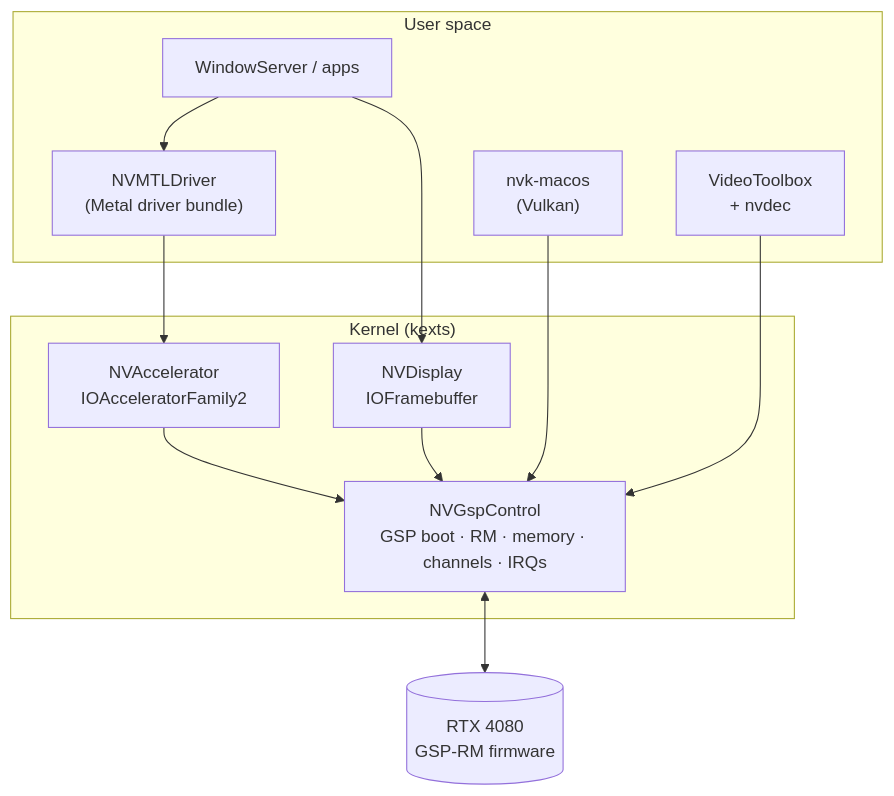
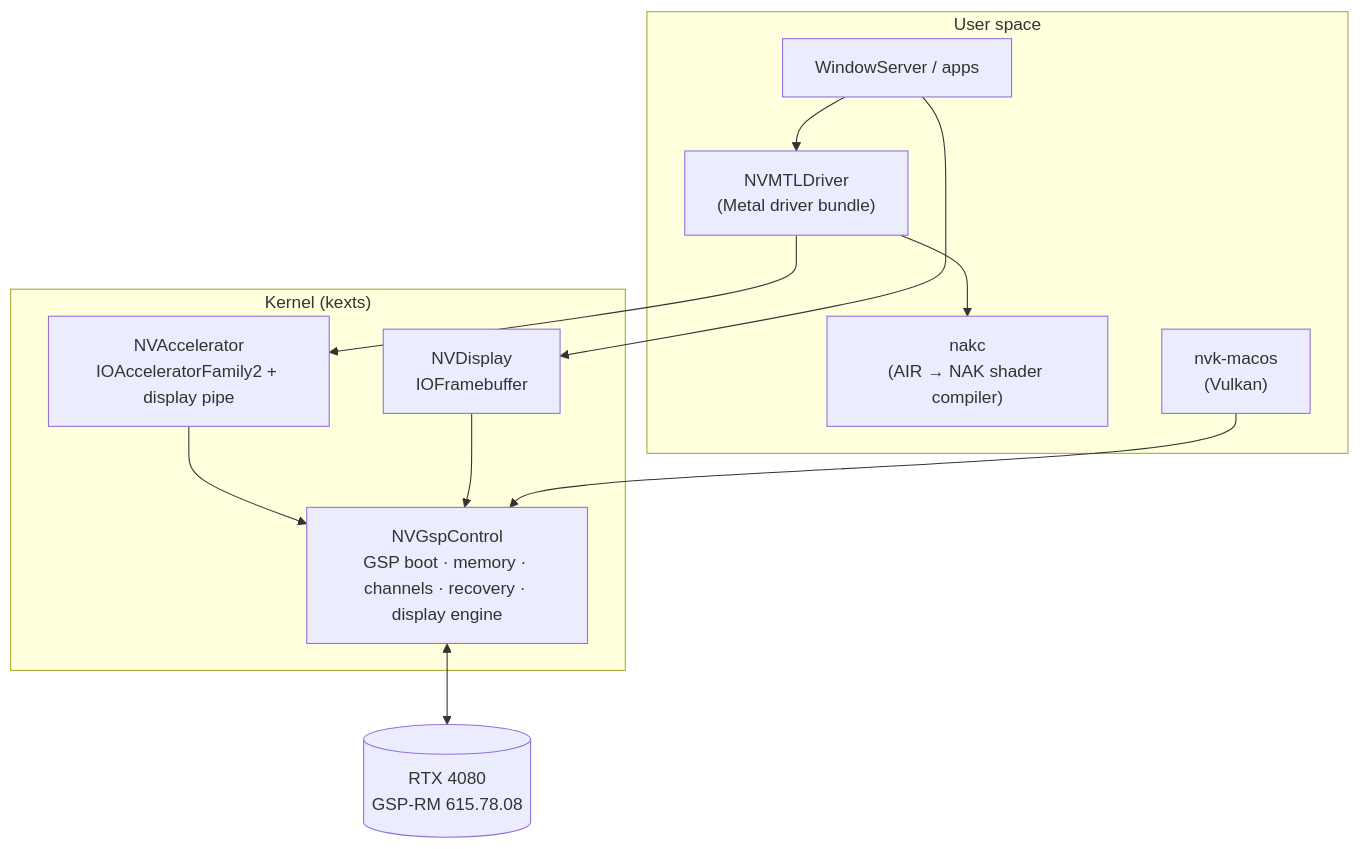
The diagram in README.md (bdwithganesh/OpenNVDA), drawn with Mermaid before and after one commit. The commit also changed other lines of this file and 8 other files, not shown here.

````diff
--- a/README.md
+++ b/README.md
@@ -110,21 +132,21 @@
 ```mermaid
 flowchart TB
     subgraph user["User space"]
         WS["WindowServer / apps"]
         MTL["NVMTLDriver<br/>(Metal driver bundle)"]
+        NAKC["nakc<br/>(AIR → NAK shader compiler)"]
         NVK["nvk-macos<br/>(Vulkan)"]
-        VT["VideoToolbox<br/>+ nvdec"]
     end
     subgraph kernel["Kernel (kexts)"]
-        ACC["NVAccelerator<br/>IOAcceleratorFamily2"]
+        ACC["NVAccelerator<br/>IOAcceleratorFamily2 + display pipe"]
         DISP["NVDisplay<br/>IOFramebuffer"]
-        CTRL["NVGspControl<br/>GSP boot · RM · memory · channels · IRQs"]
+        CTRL["NVGspControl<br/>GSP boot · memory · channels · recovery · display engine"]
     end
-    GPU[("RTX 4080<br/>GSP-RM firmware")]
+    GPU[("RTX 4080<br/>GSP-RM 615.78.08")]
 
     WS --> MTL --> ACC --> CTRL
+    MTL --> NAKC
     WS --> DISP --> CTRL
     NVK --> CTRL
-    VT --> CTRL
     CTRL <--> GPU
 ```
````
